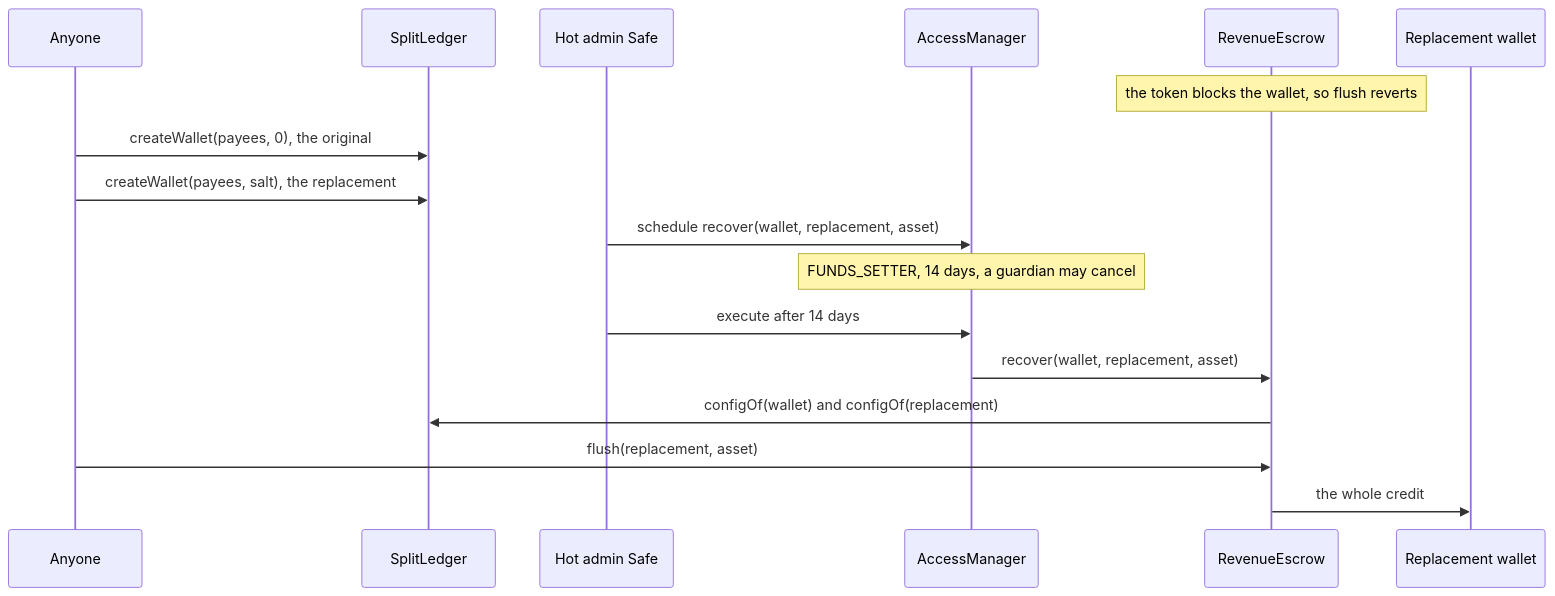
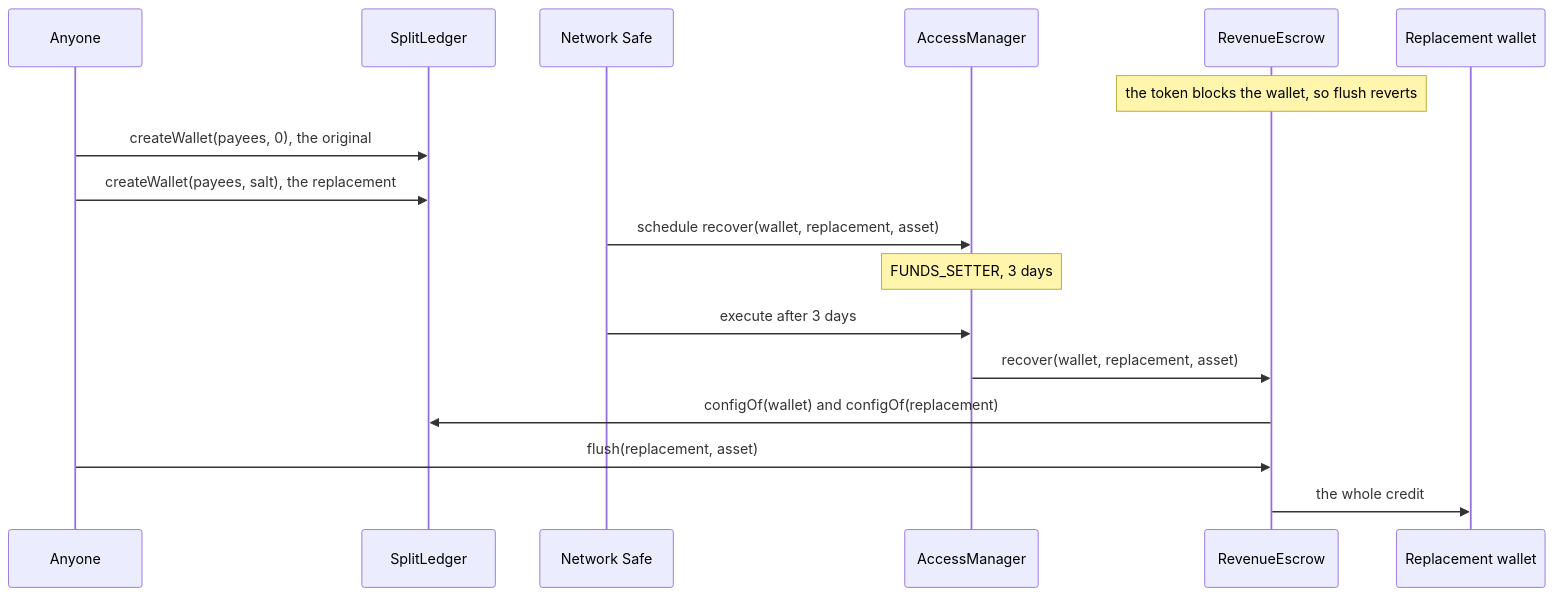
The seventh of 8 diagrams in docs/spec/economics-and-payouts.md (6529-Collections/6529-works), drawn with Mermaid before and after one commit. The commit also changed other lines of this file and 352 other files, not shown here.

````diff
--- a/docs/spec/economics-and-payouts.md
+++ b/docs/spec/economics-and-payouts.md
@@ -539,19 +573,19 @@
 ```mermaid
 sequenceDiagram
     participant Anyone as Anyone
     participant Ledger as SplitLedger
-    participant Admin as Hot admin Safe
+    participant Admin as Network Safe
     participant Manager as AccessManager
     participant Escrow as RevenueEscrow
     participant New as Replacement wallet
     Note over Escrow: the token blocks the wallet, so flush reverts
     Anyone->>Ledger: createWallet(payees, 0), the original
     Anyone->>Ledger: createWallet(payees, salt), the replacement
     Admin->>Manager: schedule recover(wallet, replacement, asset)
-    Note over Manager: FUNDS_SETTER, 14 days, a guardian may cancel
-    Admin->>Manager: execute after 14 days
+    Note over Manager: FUNDS_SETTER, 3 days
+    Admin->>Manager: execute after 3 days
     Manager->>Escrow: recover(wallet, replacement, asset)
     Escrow->>Ledger: configOf(wallet) and configOf(replacement)
     Anyone->>Escrow: flush(replacement, asset)
     Escrow->>New: the whole credit
 ```
````
